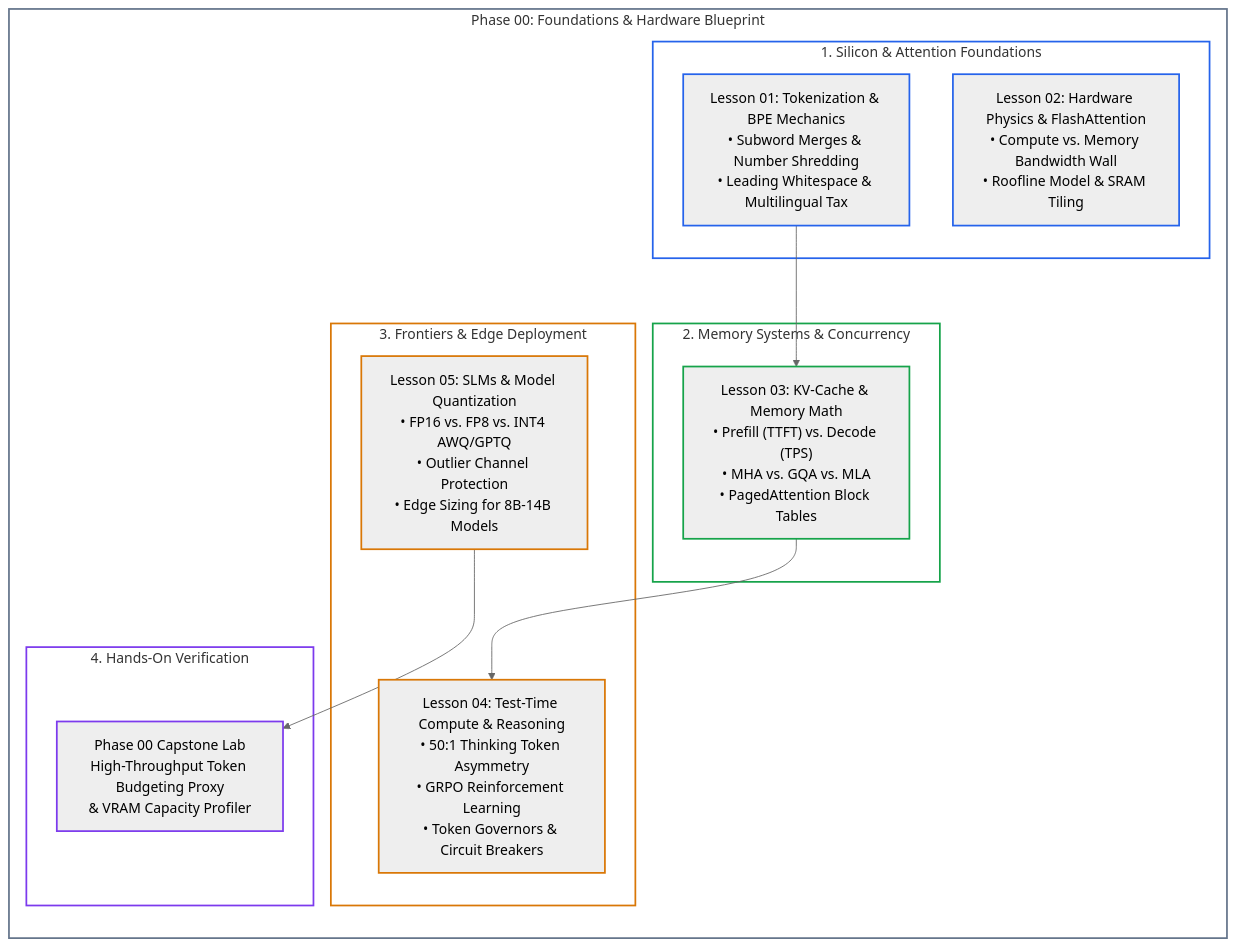
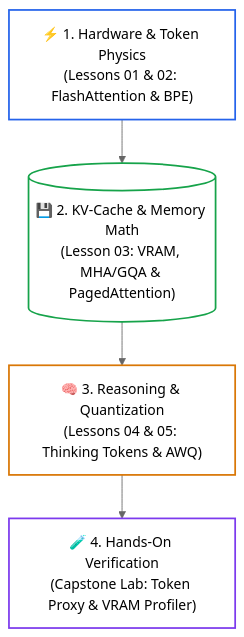
The diagram in 00-foundations-and-token-mechanics/README.md (dip4k/senior-engineer-to-ai-engineer-roadmap), drawn with Mermaid (neutral theme) before and after one commit. The commit also changed 39 other files, not shown here.

First line of the commit message:
feat(curriculum): upgrade mermaid diagrams with unicode icons & codify anti-bloat layout rules

````diff
--- a/00-foundations-and-token-mechanics/README.md
+++ b/00-foundations-and-token-mechanics/README.md
@@ -36,41 +36,12 @@
 ```mermaid
 flowchart TD
-    subgraph PHASE00["Phase 00: Foundations & Hardware Blueprint"]
-        direction TB
+    S1["⚡ 1. Hardware & Token Physics<br>(Lessons 01 & 02: FlashAttention & BPE)"] --> S2
+    S2[("💾 2. KV-Cache & Memory Math<br>(Lesson 03: VRAM, MHA/GQA & PagedAttention)")] --> S3
+    S3["🧠 3. Reasoning & Quantization<br>(Lessons 04 & 05: Thinking Tokens & AWQ)"] --> S4
+    S4["🧪 4. Hands-On Verification<br>(Capstone Lab: Token Proxy & VRAM Profiler)"]
 
-        subgraph CORE_HW["1. Silicon & Attention Foundations"]
-            L1["Lesson 02: Hardware Physics & FlashAttention<br>• Compute vs. Memory Bandwidth Wall<br>• Roofline Model & SRAM Tiling"]
-            L2["Lesson 01: Tokenization & BPE Mechanics<br>• Subword Merges & Number Shredding<br>• Leading Whitespace & Multilingual Tax"]
-        end
-
-        subgraph MEM_SYS["2. Memory Systems & Concurrency"]
-            L3["Lesson 03: KV-Cache & Memory Math<br>• Prefill (TTFT) vs. Decode (TPS)<br>• MHA vs. GQA vs. MLA<br>• PagedAttention Block Tables"]
-        end
-
-        subgraph ADV_SYS["3. Frontiers & Edge Deployment"]
-            L4["Lesson 04: Test-Time Compute & Reasoning<br>• 50:1 Thinking Token Asymmetry<br>• GRPO Reinforcement Learning<br>• Token Governors & Circuit Breakers"]
-            L5["Lesson 05: SLMs & Model Quantization<br>• FP16 vs. FP8 vs. INT4 AWQ/GPTQ<br>• Outlier Channel Protection<br>• Edge Sizing for 8B-14B Models"]
-        end
-
-        subgraph CAPSTONE["4. Hands-On Verification"]
-            LAB["Phase 00 Capstone Lab<br>High-Throughput Token Budgeting Proxy<br>& VRAM Capacity Profiler"]
-        end
-
-        L2 --> L3
-        L3 --> L4
-        L5 --> LAB
-    end
-
-    style PHASE00 fill:none,stroke:#64748b,stroke-width:2px
-    style CORE_HW fill:none,stroke:#2563eb,stroke-width:2px
-    style MEM_SYS fill:none,stroke:#16a34a,stroke-width:2px
-    style ADV_SYS fill:none,stroke:#d97706,stroke-width:2px
-    style CAPSTONE fill:none,stroke:#7c3aed,stroke-width:2px
-
-    style L1 stroke:#2563eb,stroke-width:2px
-    style L2 stroke:#2563eb,stroke-width:2px
-    style L3 stroke:#16a34a,stroke-width:2px
-    style L4 stroke:#d97706,stroke-width:2px
-    style L5 stroke:#d97706,stroke-width:2px
-    style LAB stroke:#7c3aed,stroke-width:2px
+    style S1 stroke:#2563eb,stroke-width:2px,fill:none
+    style S2 stroke:#16a34a,stroke-width:2px,fill:none
+    style S3 stroke:#d97706,stroke-width:2px,fill:none
+    style S4 stroke:#7c3aed,stroke-width:2px,fill:none
 ```
````
